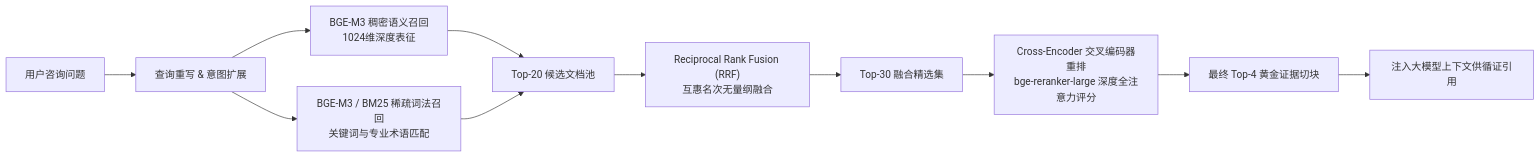
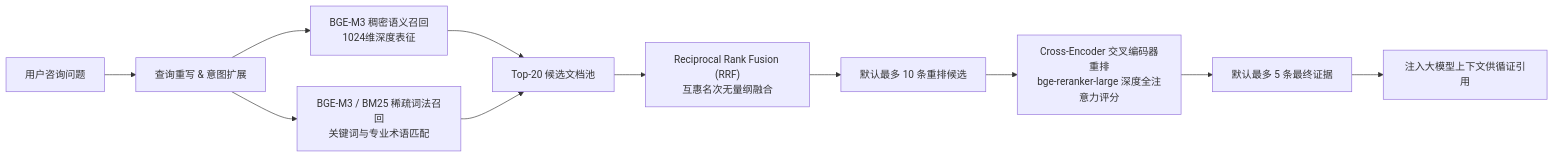
One commit to WenYuecheng/solaceai changed the fourth of 7 diagrams in docs/guide.md. Above: the diagram before and after it, drawn with Mermaid. The commit also changed other lines of this file and 16 other files, not shown here.

````diff
--- a/docs/guide.md
+++ b/docs/guide.md
@@ -271,13 +311,13 @@
 ```mermaid
 flowchart LR
     Query[用户咨询问题] --> PreProcess[查询重写 & 意图扩展]
     PreProcess --> Dense[BGE-M3 稠密语义召回<br/>1024维深度表征]
     PreProcess --> Sparse[BGE-M3 / BM25 稀疏词法召回<br/>关键词与专业术语匹配]
     
     Dense & Sparse --> Candidates[Top-20 候选文档池]
     Candidates --> RRF["Reciprocal Rank Fusion (RRF)<br/>互惠名次无量纲融合"]
-    RRF --> Top30[Top-30 融合精选集]
+    RRF --> Top30[默认最多 10 条重排候选]
     Top30 --> CrossEncoder[Cross-Encoder 交叉编码器重排<br/>bge-reranker-large 深度全注意力评分]
-    CrossEncoder --> Top4[最终 Top-4 黄金证据切块]
+    CrossEncoder --> Top4[默认最多 5 条最终证据]
     Top4 --> Generator[注入大模型上下文供循证引用]
 ```
````
